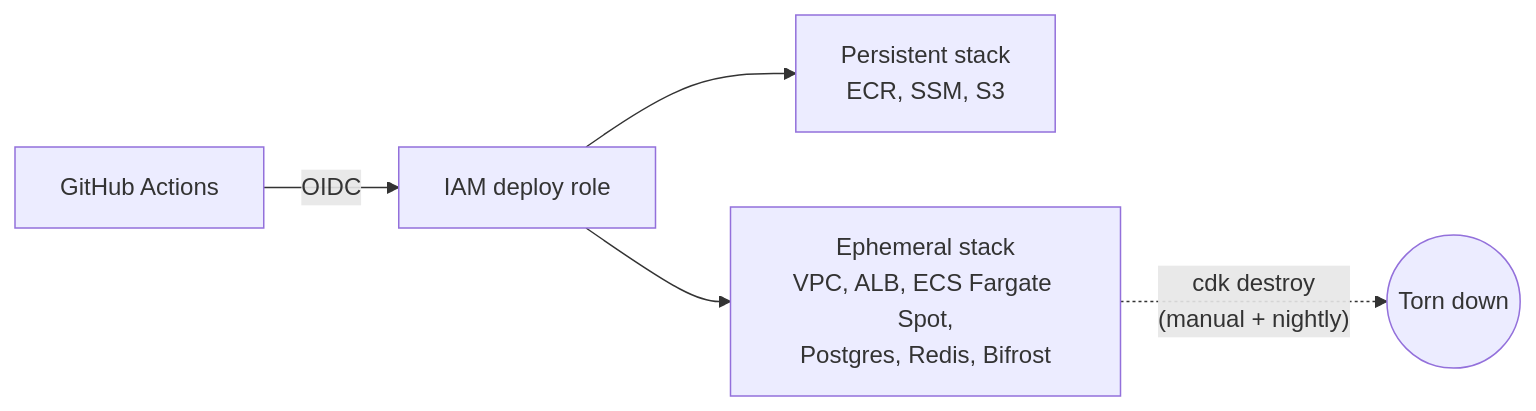
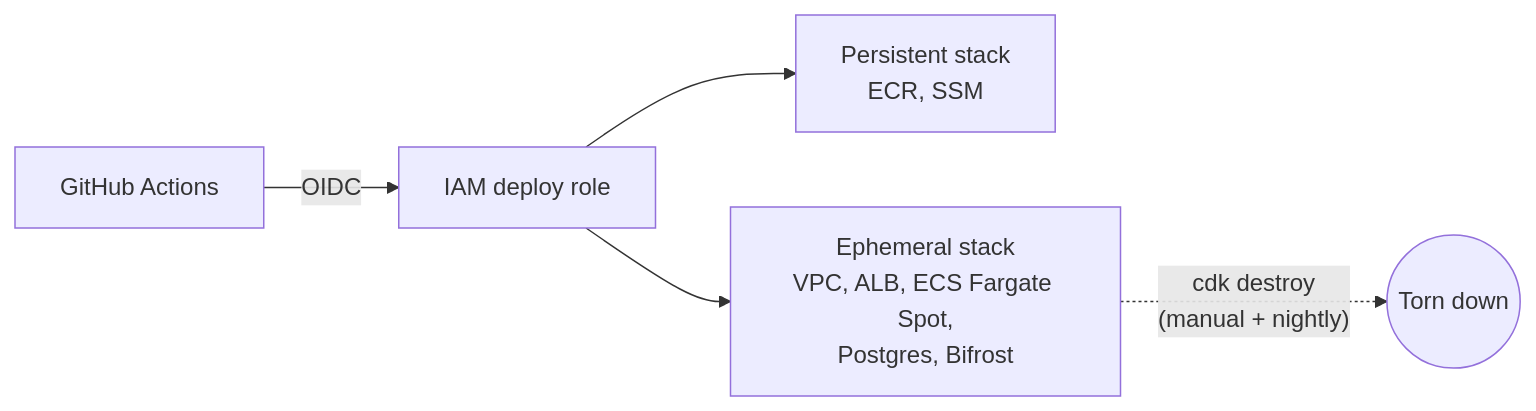
Before and after one commit to sri-chalam/stock-research-agent: the fourth of 4 diagrams in docs/requirements/stock-research-agent-spec.md, drawn with Mermaid. The commit also changed other lines of this file and 7 other files, not shown here.

````diff
--- a/docs/requirements/stock-research-agent-spec.md
+++ b/docs/requirements/stock-research-agent-spec.md
@@ -437,7 +434,7 @@
 ```mermaid
 flowchart LR
     GH[GitHub Actions] -- OIDC --> IAM[IAM deploy role]
-    IAM --> P[Persistent stack<br/>ECR, SSM, S3]
-    IAM --> E[Ephemeral stack<br/>VPC, ALB, ECS Fargate Spot,<br/>Postgres, Redis, Bifrost]
+    IAM --> P[Persistent stack<br/>ECR, SSM]
+    IAM --> E[Ephemeral stack<br/>VPC, ALB, ECS Fargate Spot,<br/>Postgres, Bifrost]
     E -. "cdk destroy<br/>(manual + nightly)" .-> X((Torn down))
 ```
````
